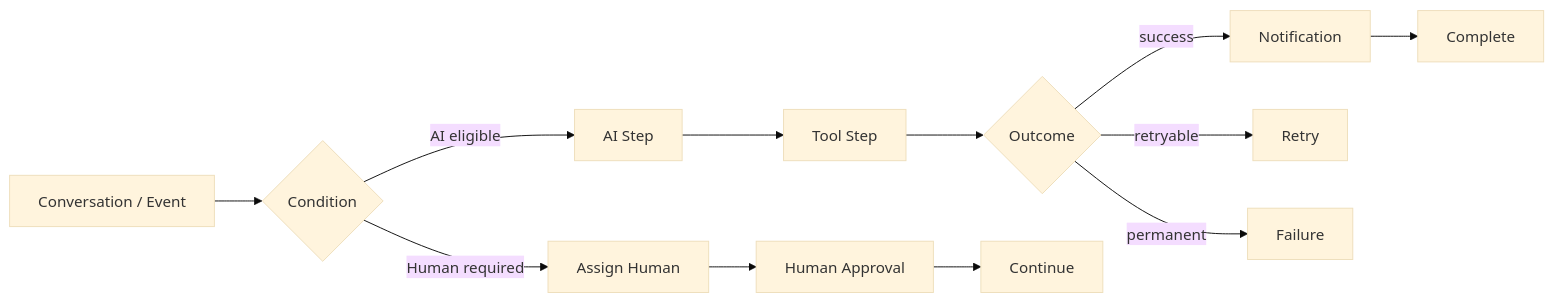
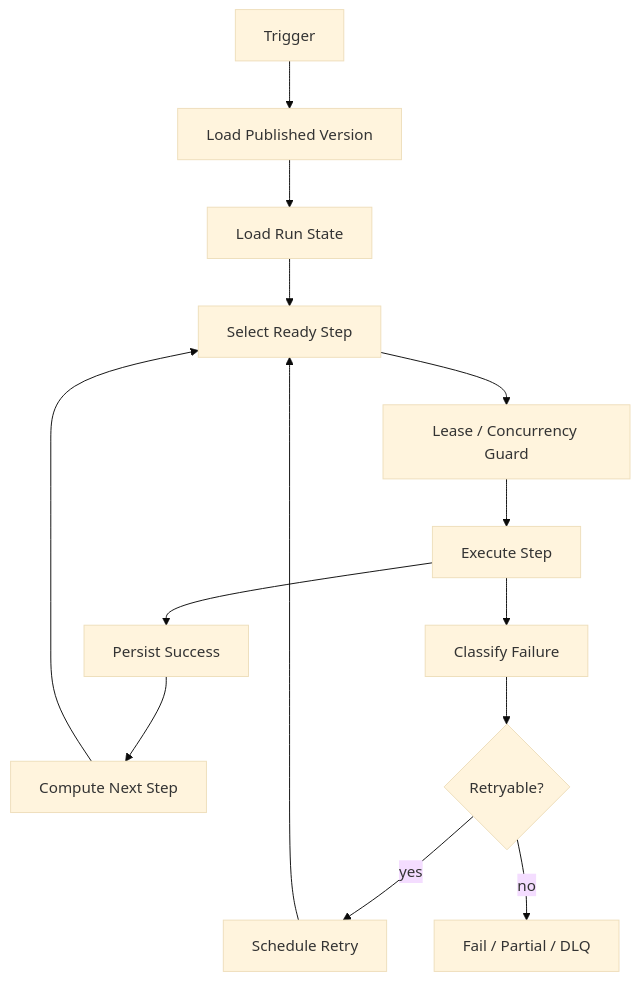
The fourth of 4 diagrams in docs/domain/workflows.md (D-engahmed/OMILINKS), drawn with Mermaid (base theme) before and after one commit. The commit also changed other lines of this file and 1 other file, not shown here.

```diff
--- a/docs/domain/workflows.md
+++ b/docs/domain/workflows.md
@@ -62,14 +94,16 @@
 ~~~mermaid
-flowchart LR
-TRIGGER[Conversation / Event] --> CONDITION{Condition}
-CONDITION -->|AI eligible| AI[AI Step]
-CONDITION -->|Human required| ASSIGN[Assign Human]
-AI --> TOOL[Tool Step]
-TOOL --> RESULT{Outcome}
-RESULT -->|success| NOTIFY[Notification]
-RESULT -->|retryable| RETRY[Retry]
-RESULT -->|permanent| FAIL[Failure]
-ASSIGN --> APPROVAL[Human Approval]
-APPROVAL --> CONTINUE[Continue]
-NOTIFY --> COMPLETE[Complete]
+flowchart TD
+EVENT[Trigger] --> LOAD[Load Published Version]
+LOAD --> STATE[Load Run State]
+STATE --> READY[Select Ready Step]
+READY --> LOCK[Lease / Concurrency Guard]
+LOCK --> EXEC[Execute Step]
+EXEC --> SUCCESS[Persist Success]
+EXEC --> FAIL[Classify Failure]
+SUCCESS --> NEXT[Compute Next Step]
+FAIL --> RETRY{Retryable?}
+RETRY -->|yes| WAIT[Schedule Retry]
+RETRY -->|no| TERMINAL[Fail / Partial / DLQ]
+WAIT --> READY
+NEXT --> READY
 ~~~
```
